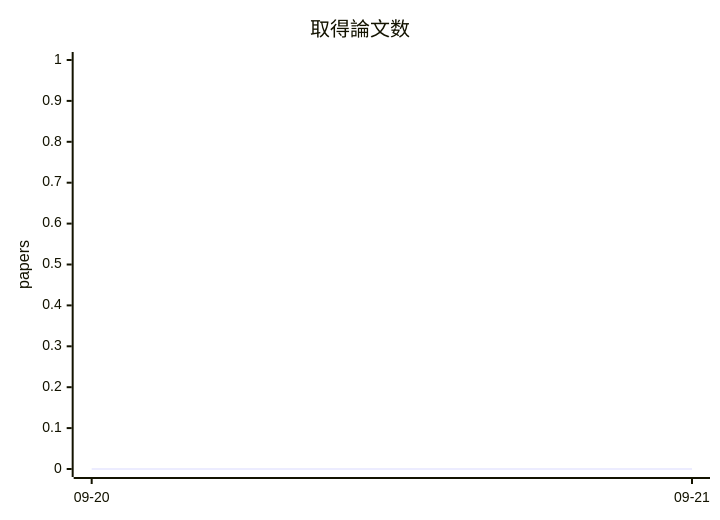
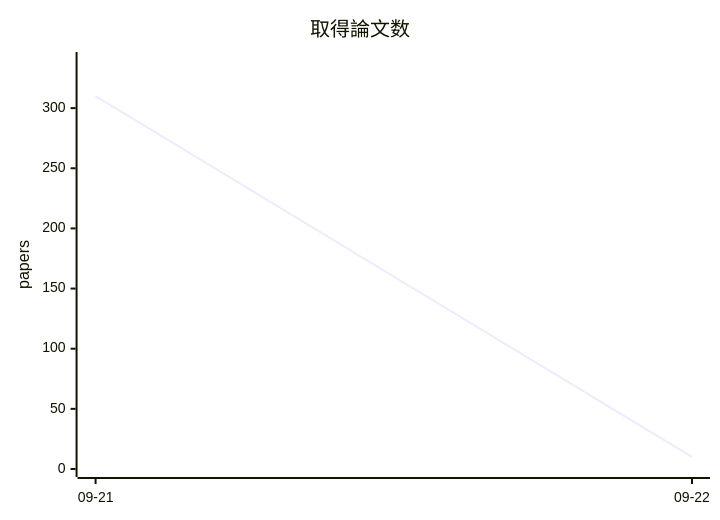
One commit to uzak0209/AI-Research changed the third of 3 diagrams in docs/metrics-trend.md. Above: the diagram before and after it, drawn with Mermaid. The commit also changed other lines of this file, not shown here.

````diff
--- a/docs/metrics-trend.md
+++ b/docs/metrics-trend.md
@@ -52,7 +67,7 @@
 ```mermaid
 xychart-beta
     title "取得論文数"
-    x-axis ["09-20", "09-21"]
-    y-axis "papers" 0 --> 1
-    line [0, 0]
+    x-axis ["09-21", "09-22"]
+    y-axis "papers" 0 --> 340
+    line [310, 10]
 ```
````
